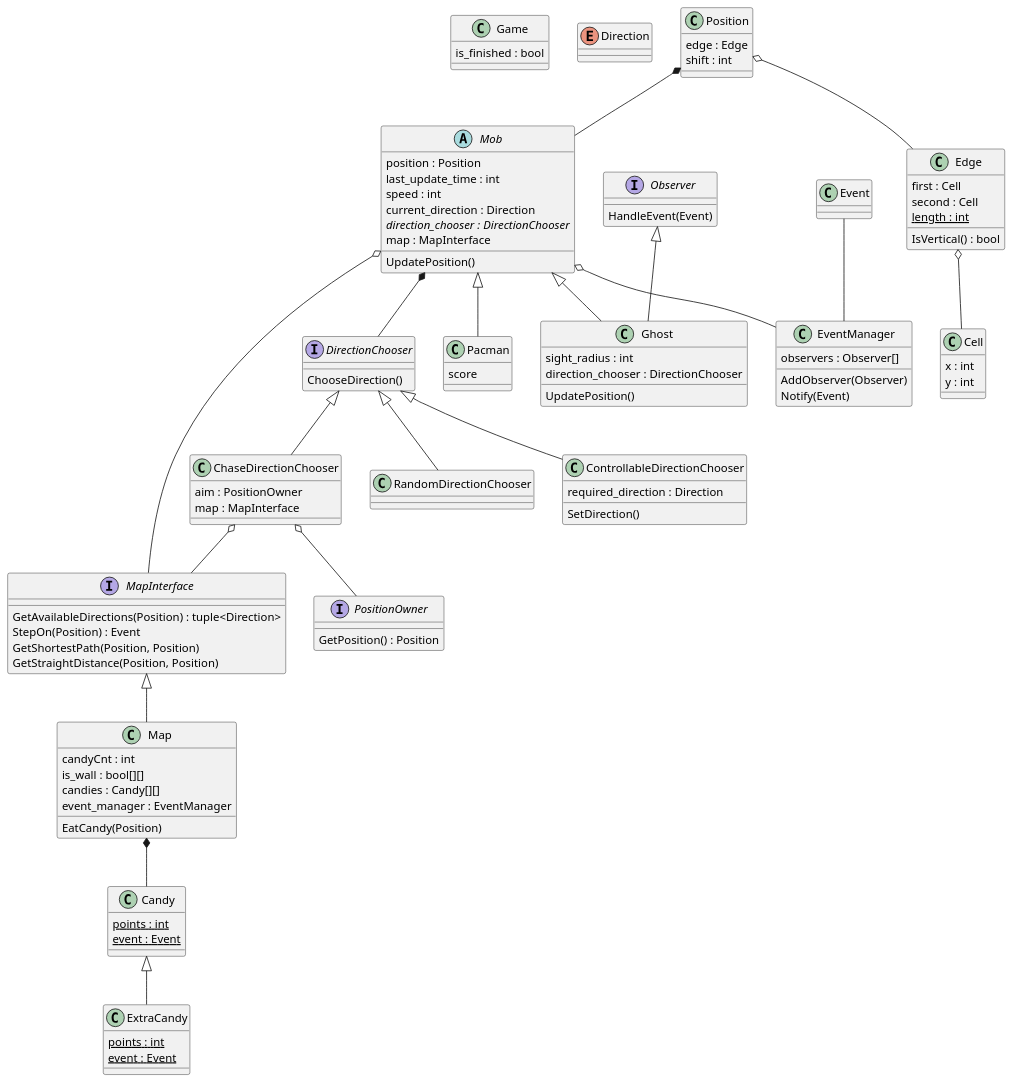
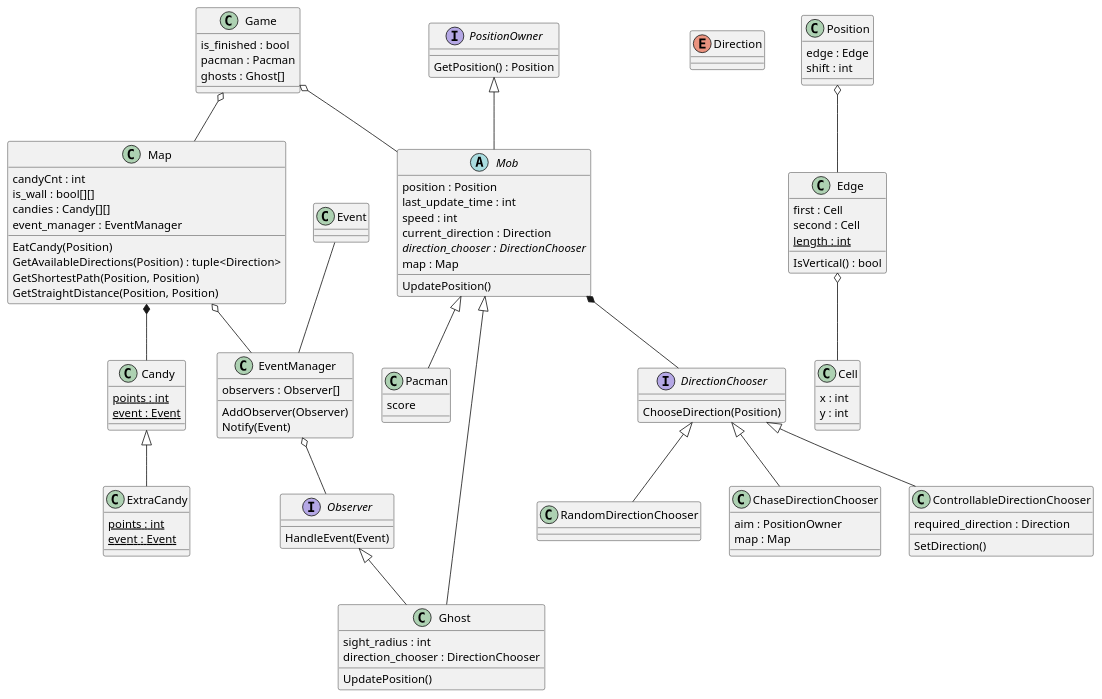
One commit to rdmila/pacman-cpp changed the diagram in diagrams/class_diagram.wsd. Above: the diagram before and after it, drawn with PlantUML.

Commit message:
Update class diagram

```diff
--- a/diagrams/class_diagram.wsd
+++ b/diagrams/class_diagram.wsd
@@ -1,120 +1,118 @@
 @startuml
 skinparam classAttributeIconSize 0
 
 class Game
 
 enum Direction
 class Map
 class Cell
 class Edge
-interface MapInterface
 class Position
 interface PositionOwner
 
 class Candy
 class ExtraCandy
 
 abstract Mob
 class Pacman
 class Ghost
 interface DirectionChooser
 class RandomDirectionChooser
 class ChaseDirectionChooser
 class ControllableDirectionChooser
 
 class Event
 class EventManager
 interface Observer
 
 Game : is_finished : bool
+Game : pacman : Pacman
+Game : ghosts : Ghost[]
 
 Cell : x : int
 Cell : y : int
 
 Edge : first : Cell
 Edge : second : Cell
 Edge : {static} length : int
 Edge : IsVertical() : bool
 
 Map : candyCnt : int
 Map : is_wall : bool[][]
 Map : candies : Candy[][]
 Map : event_manager : EventManager
 Map : EatCandy(Position)
 
-MapInterface : GetAvailableDirections(Position) : tuple<Direction>
-MapInterface : StepOn(Position) : Event
-MapInterface : GetShortestPath(Position, Position)
-MapInterface : GetStraightDistance(Position, Position)
+Map : GetAvailableDirections(Position) : tuple<Direction>
+Map : GetShortestPath(Position, Position)
+Map : GetStraightDistance(Position, Position)
 
 PositionOwner : GetPosition() : Position
 
 
 Position : edge : Edge
 Position : shift : int
 
 Candy : {static} points : int
 Candy : {static} event : Event
 
 ExtraCandy : {static} points : int
 ExtraCandy : {static} event : Event
 
 Mob : position : Position
 Mob : last_update_time : int
 Mob : speed : int
 Mob : current_direction : Direction
 Mob : {abstract} direction_chooser : DirectionChooser
 Mob : UpdatePosition()
-Mob : map : MapInterface
+Mob : map : Map
 
 Pacman : score
 
 Ghost : sight_radius : int
 Ghost : UpdatePosition()
 Ghost : direction_chooser : DirectionChooser
 
-DirectionChooser : ChooseDirection()
+DirectionChooser : ChooseDirection(Position)
 
 ChaseDirectionChooser : aim : PositionOwner
-ChaseDirectionChooser : map : MapInterface
+ChaseDirectionChooser : map : Map
 
 ControllableDirectionChooser : required_direction : Direction
 ControllableDirectionChooser : SetDirection()
 
 EventManager : observers : Observer[]
 EventManager : AddObserver(Observer)
 EventManager : Notify(Event)
 
 Observer : HandleEvent(Event)
 
+Game o-- Mob
+Game o-- Map
+
+PositionOwner <|-- Mob
+
 Mob <|-- Pacman
 Mob <|-- Ghost
 
 DirectionChooser <|-- RandomDirectionChooser
 DirectionChooser <|-- ChaseDirectionChooser
 DirectionChooser <|-- ControllableDirectionChooser
-
-ChaseDirectionChooser o-- MapInterface
-ChaseDirectionChooser o-- PositionOwner
 
 Mob *-- DirectionChooser
 
 Observer <|-- Ghost
 
 Event -- EventManager
 
 Position o-- Edge
 
 Edge o-- Cell
 
-MapInterface <|-- Map
+Map o-- EventManager
+Map *-- Candy
 
-Mob o-- EventManager
+EventManager o-- Observer
 
-Mob o-- MapInterface
-
-Map *-- Candy
 Candy <|-- ExtraCandy
-
-Position *-- Mob
 @enduml
```
